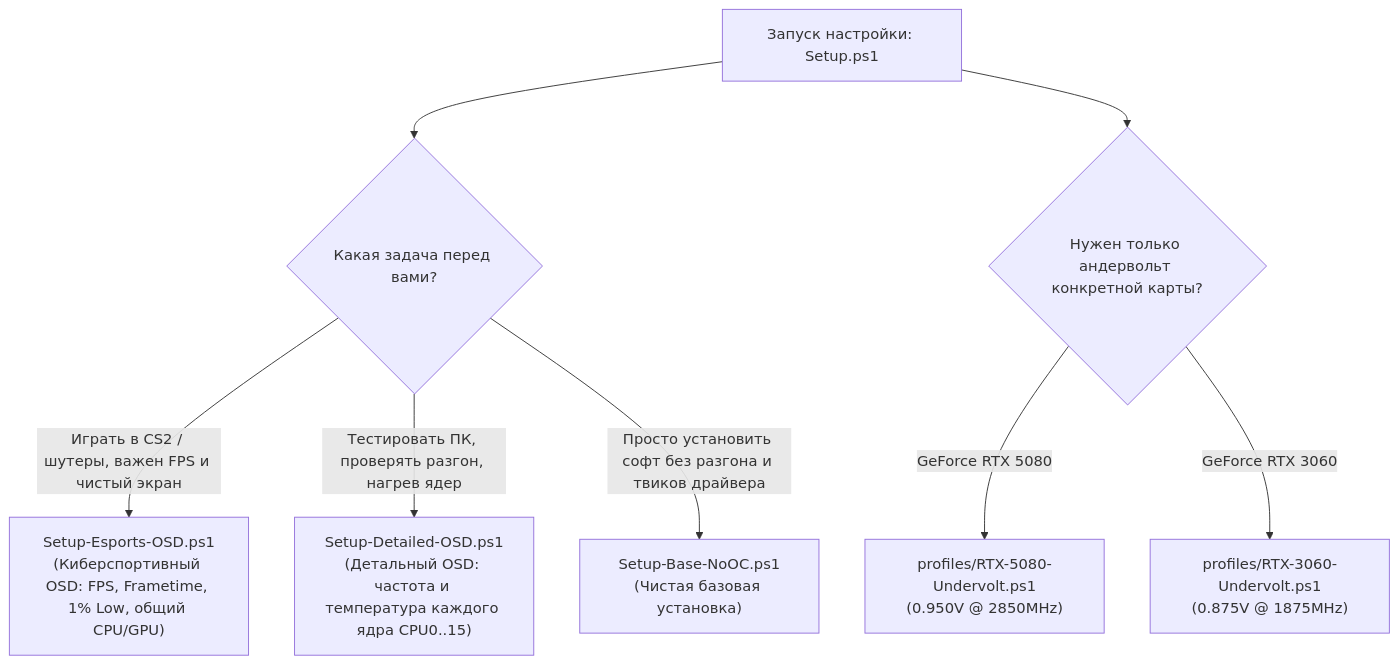
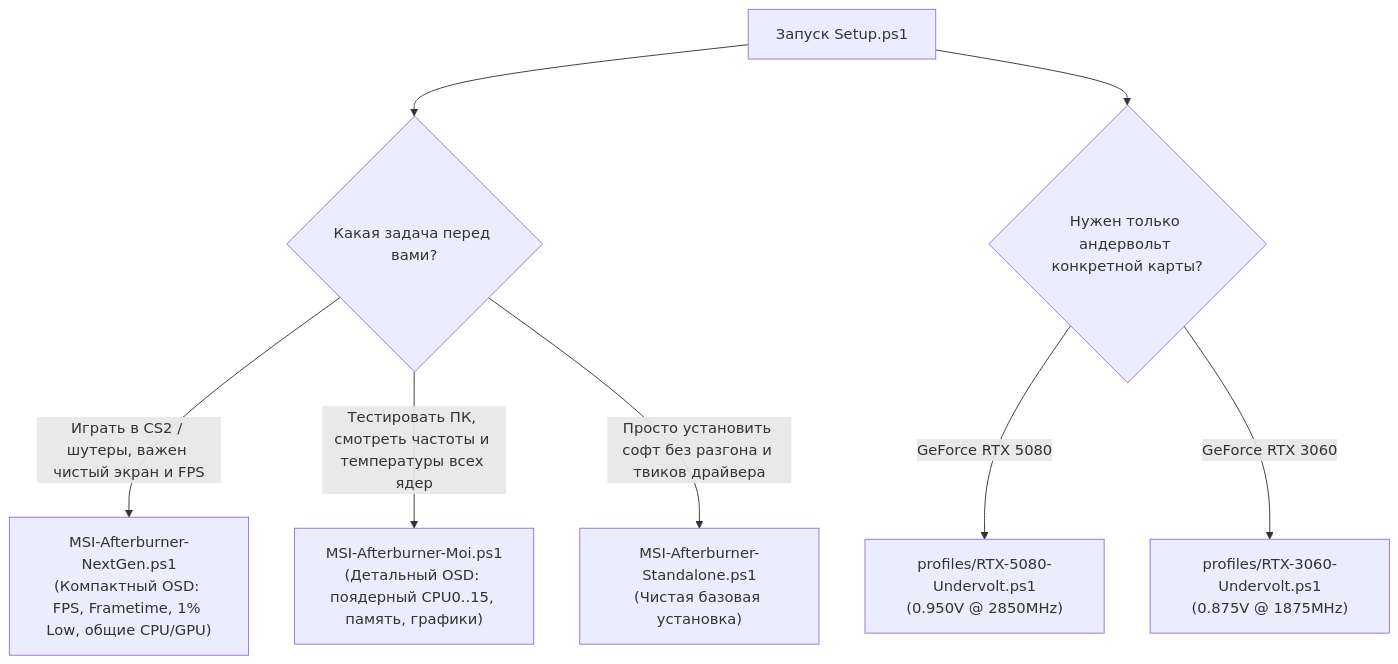
The diagram in README_RU.md (Vektor010/msi-afterburner-rtss), drawn with Mermaid before and after one commit. The commit also changed other lines of this file and 11 other files, not shown here.

Commit message:
fix: rename core scripts to MSI-Afterburner-Moi and MSI-Afterburner-NextGen, set Russian README as default

````diff
--- a/README_RU.md
+++ b/README_RU.md
@@ -51,12 +52,12 @@
 ```mermaid
 flowchart TD
-    Start["Запуск настройки: Setup.ps1"] --> Choice{"Какая задача перед вами?"}
+    Start["Запуск Setup.ps1"] --> Choice{"Какая задача перед вами?"}
     
-    Choice -->|"Играть в CS2 / шутеры, важен FPS и чистый экран"| Esports["Setup-Esports-OSD.ps1\n(Киберспортивный OSD: FPS, Frametime, 1% Low, общий CPU/GPU)"]
-    Choice -->|"Тестировать ПК, проверять разгон, нагрев ядер"| Detailed["Setup-Detailed-OSD.ps1\n(Детальный OSD: частота и температура каждого ядра CPU0..15)"]
-    Choice -->|"Просто установить софт без разгона и твиков драйвера"| Base["Setup-Base-NoOC.ps1\n(Чистая базовая установка)"]
+    Choice -->|"Играть в CS2 / шутеры, важен чистый экран и FPS"| NextGen["MSI-Afterburner-NextGen.ps1\n(Компактный OSD: FPS, Frametime, 1% Low, общие CPU/GPU)"]
+    Choice -->|"Тестировать ПК, смотреть частоты и температуры всех ядер"| Moi["MSI-Afterburner-Moi.ps1\n(Детальный OSD: поядерный CPU0..15, память, графики)"]
+    Choice -->|"Просто установить софт без разгона и твиков драйвера"| Standalone["MSI-Afterburner-Standalone.ps1\n(Чистая базовая установка)"]
     
     Start --> Profiles{"Нужен только андервольт конкретной карты?"}
     Profiles -->|"GeForce RTX 5080"| P5080["profiles/RTX-5080-Undervolt.ps1\n(0.950V @ 2850MHz)"]
     Profiles -->|"GeForce RTX 3060"| P3060["profiles/RTX-3060-Undervolt.ps1\n(0.875V @ 1875MHz)"]
 ```
````
